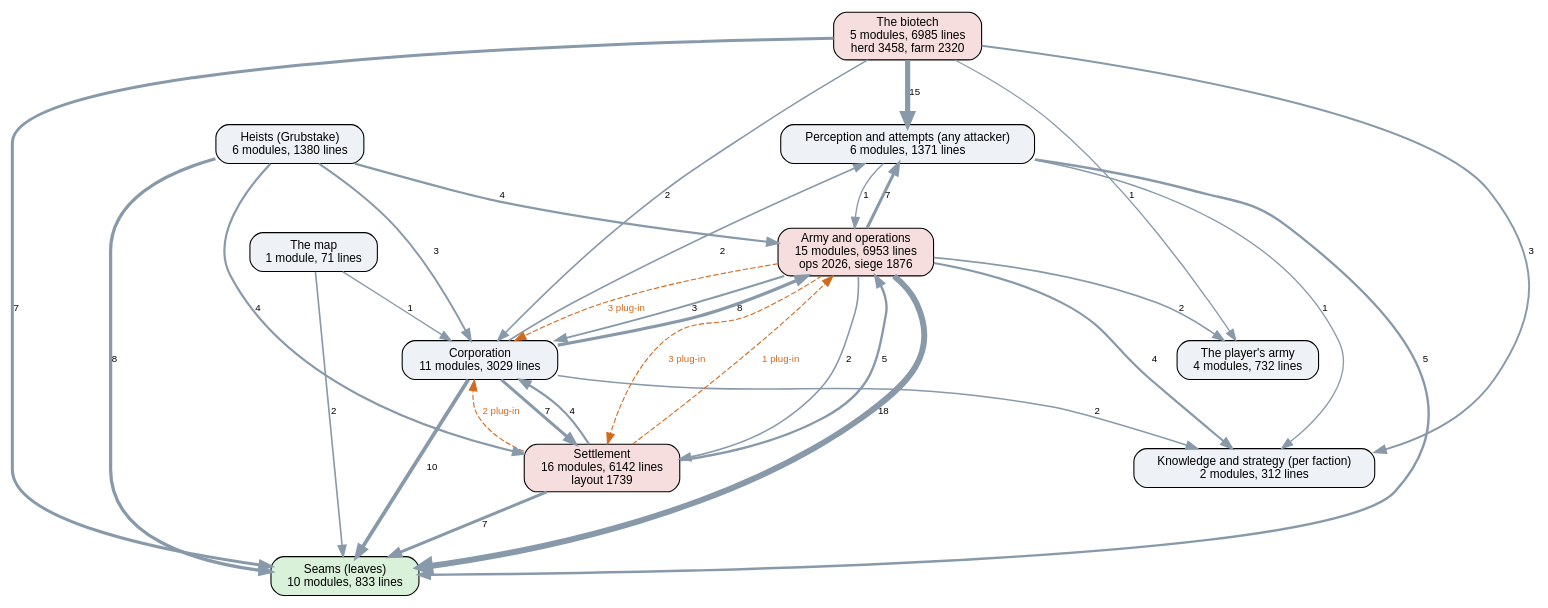
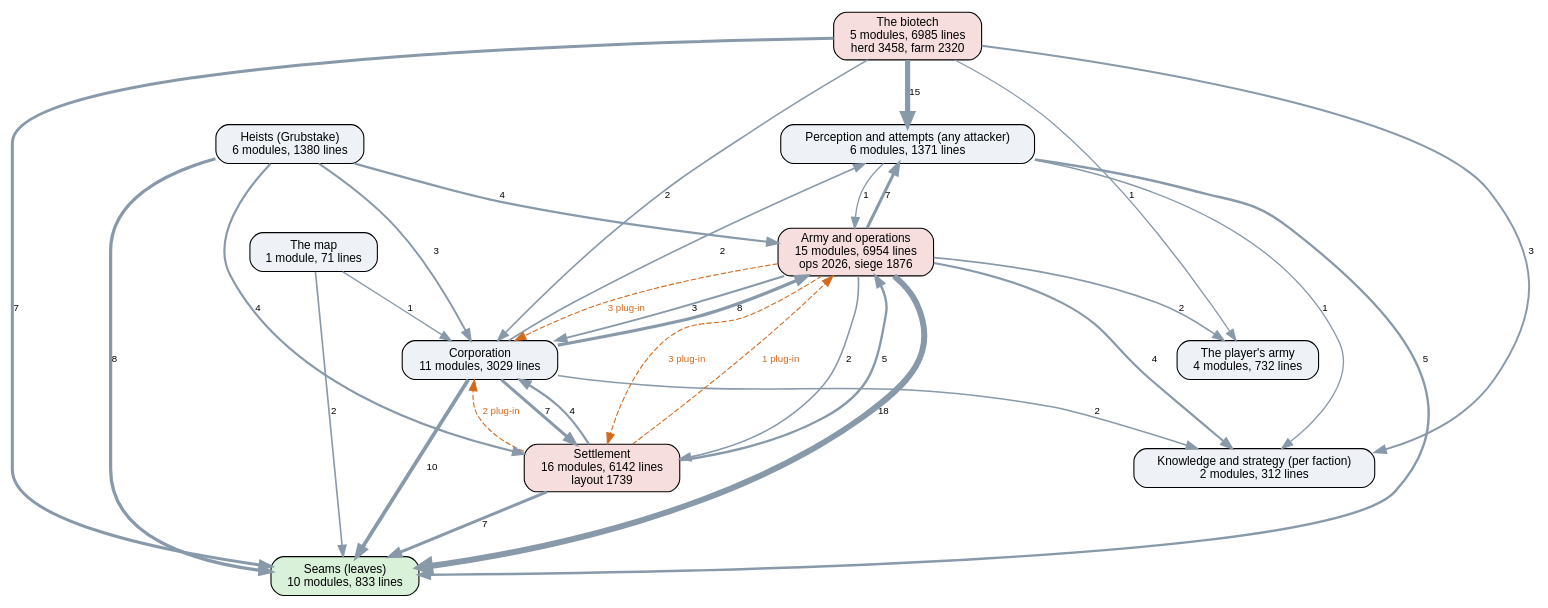
One commit to kinelhu/landing-party changed the diagram in docs/ai-layers.dot. Above: the diagram before and after it, drawn with Graphviz. The commit also changed 10 other files, not shown here.

```diff
--- a/docs/ai-layers.dot
+++ b/docs/ai-layers.dot
@@ -1,47 +1,47 @@
 digraph layers {
   graph [rankdir=TB, fontname="Helvetica", nodesep=0.5, ranksep=0.7];
   node [shape=box, style="rounded,filled", fontname="Helvetica", fontsize=11, fillcolor="#eef2f7"];
   edge [color="#8899aa", fontname="Helvetica", fontsize=9];
   "Seams (leaves)" [label="Seams (leaves)\n10 modules, 833 lines", fillcolor="#d9f0d9"];
   "Perception and attempts (any attacker)" [label="Perception and attempts (any attacker)\n6 modules, 1371 lines", fillcolor="#eef2f7"];
   "Knowledge and strategy (per faction)" [label="Knowledge and strategy (per faction)\n2 modules, 312 lines", fillcolor="#eef2f7"];
   "Corporation" [label="Corporation\n11 modules, 3029 lines", fillcolor="#eef2f7"];
   "Settlement" [label="Settlement\n16 modules, 6142 lines\nlayout 1739", fillcolor="#f7dede"];
-  "Army and operations" [label="Army and operations\n15 modules, 6953 lines\nops 2026, siege 1876", fillcolor="#f7dede"];
+  "Army and operations" [label="Army and operations\n15 modules, 6954 lines\nops 2026, siege 1876", fillcolor="#f7dede"];
   "Heists (Grubstake)" [label="Heists (Grubstake)\n6 modules, 1380 lines", fillcolor="#eef2f7"];
   "The biotech" [label="The biotech\n5 modules, 6985 lines\nherd 3458, farm 2320", fillcolor="#f7dede"];
   "The map" [label="The map\n1 module, 71 lines", fillcolor="#eef2f7"];
   "The player's army" [label="The player's army\n4 modules, 732 lines", fillcolor="#eef2f7"];
   "Army and operations" -> "Corporation" [label="3", penwidth=1.8];
   "Army and operations" -> "Knowledge and strategy (per faction)" [label="4", penwidth=2.0];
   "Army and operations" -> "Perception and attempts (any attacker)" [label="7", penwidth=2.8];
   "Army and operations" -> "Seams (leaves)" [label="18", penwidth=5.5];
   "Army and operations" -> "Settlement" [label="2", penwidth=1.5];
   "Army and operations" -> "The player's army" [label="2", penwidth=1.5];
   "Corporation" -> "Army and operations" [label="8", penwidth=3.0];
   "Corporation" -> "Knowledge and strategy (per faction)" [label="2", penwidth=1.5];
   "Corporation" -> "Perception and attempts (any attacker)" [label="2", penwidth=1.5];
   "Corporation" -> "Seams (leaves)" [label="10", penwidth=3.5];
   "Corporation" -> "Settlement" [label="7", penwidth=2.8];
   "Heists (Grubstake)" -> "Army and operations" [label="4", penwidth=2.0];
   "Heists (Grubstake)" -> "Corporation" [label="3", penwidth=1.8];
   "Heists (Grubstake)" -> "Seams (leaves)" [label="8", penwidth=3.0];
   "Heists (Grubstake)" -> "Settlement" [label="4", penwidth=2.0];
   "Perception and attempts (any attacker)" -> "Army and operations" [label="1", penwidth=1.2];
   "Perception and attempts (any attacker)" -> "Knowledge and strategy (per faction)" [label="1", penwidth=1.2];
   "Perception and attempts (any attacker)" -> "Seams (leaves)" [label="5", penwidth=2.2];
   "Settlement" -> "Army and operations" [label="5", penwidth=2.2];
   "Settlement" -> "Corporation" [label="4", penwidth=2.0];
   "Settlement" -> "Seams (leaves)" [label="7", penwidth=2.8];
   "The biotech" -> "Corporation" [label="2", penwidth=1.5];
   "The biotech" -> "Knowledge and strategy (per faction)" [label="3", penwidth=1.8];
   "The biotech" -> "Perception and attempts (any attacker)" [label="15", penwidth=4.8];
   "The biotech" -> "Seams (leaves)" [label="7", penwidth=2.8];
   "The biotech" -> "The player's army" [label="1", penwidth=1.2];
   "The map" -> "Corporation" [label="1", penwidth=1.2];
   "The map" -> "Seams (leaves)" [label="2", penwidth=1.5];
   "Army and operations" -> "Corporation" [style=dashed, color="#d2691e", fontcolor="#d2691e", label="3 plug-in"];
   "Army and operations" -> "Settlement" [style=dashed, color="#d2691e", fontcolor="#d2691e", label="3 plug-in"];
   "Settlement" -> "Army and operations" [style=dashed, color="#d2691e", fontcolor="#d2691e", label="1 plug-in"];
   "Settlement" -> "Corporation" [style=dashed, color="#d2691e", fontcolor="#d2691e", label="2 plug-in"];
 }
```
